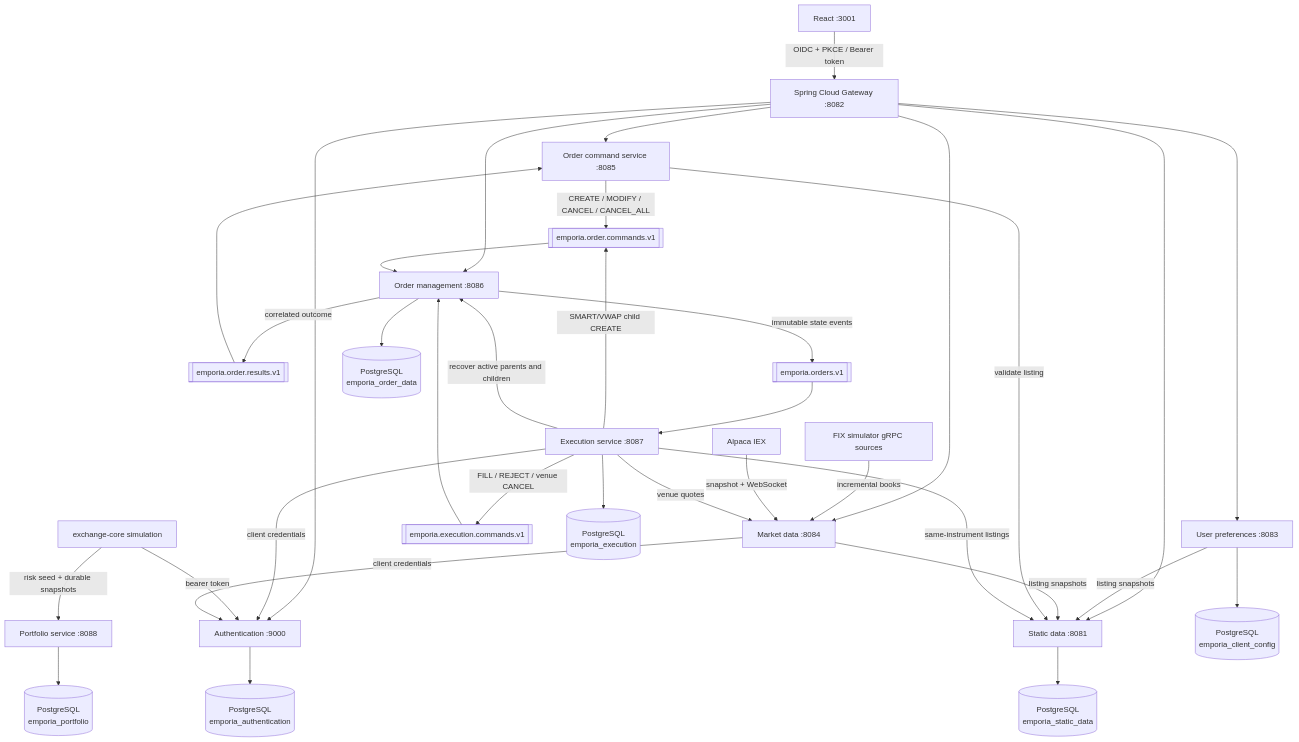
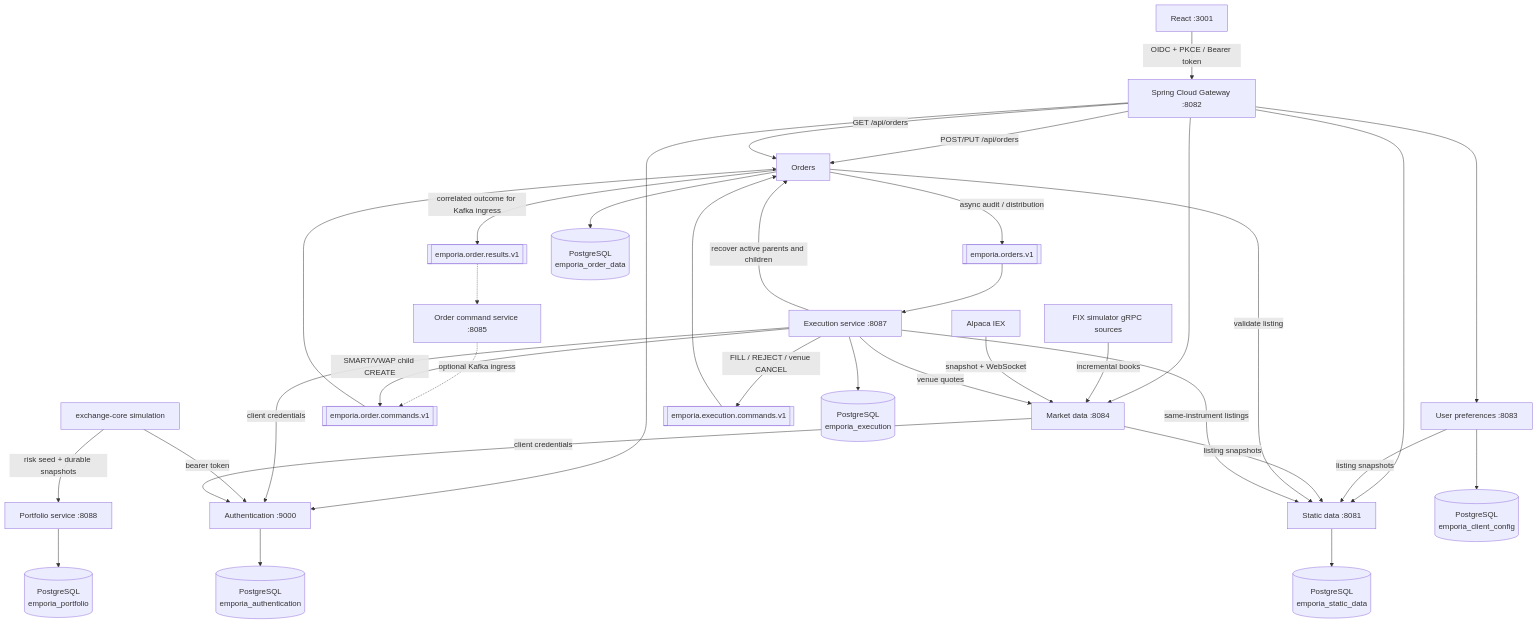
Before and after one commit to nvxtien/emporia: the diagram in README.md, drawn with Mermaid. The commit also changed other lines of this file and 137 other files, not shown here.

````diff
--- a/README.md
+++ b/README.md
@@ -41,40 +41,40 @@
 ```mermaid
 flowchart TD
     Browser[React :3001] -->|OIDC + PKCE / Bearer token| Gateway[Spring Cloud Gateway :8082]
     Gateway --> Auth[Authentication :9000]
     Gateway --> Static[Static data :8081]
     Gateway --> Preferences[User preferences :8083]
     Gateway --> Market[Market data :8084]
-    Gateway --> OrderCommands[Order command service :8085]
-    Gateway --> Orders[Order management :8086]
+    Gateway -->|POST/PUT /api/orders| Orders
+    Gateway -->|GET /api/orders| Orders
+    OrderCommands[Order command service :8085] -.->|optional Kafka ingress| Commands[[emporia.order.commands.v1]]
     Execution[Execution service :8087] -->|client credentials| Auth
     ExchangeCore[exchange-core simulation] -->|risk seed + durable snapshots| Portfolio[Portfolio service :8088]
     ExchangeCore -->|bearer token| Auth
 
     Preferences -->|listing snapshots| Static
     Market -->|listing snapshots| Static
     Market -->|client credentials| Auth
     Fix[FIX simulator gRPC sources] -->|incremental books| Market
     Alpaca[Alpaca IEX] -->|snapshot + WebSocket| Market
-    OrderCommands -->|validate listing| Static
+    Orders -->|validate listing| Static
 
-    OrderCommands -->|CREATE / MODIFY / CANCEL / CANCEL_ALL| Commands[[emporia.order.commands.v1]]
+    Orders -->|async audit / distribution| OrderLog[[emporia.orders.v1]]
     Commands --> Orders
-    Orders -->|correlated outcome| Results[[emporia.order.results.v1]]
-    Results --> OrderCommands
-    Orders -->|immutable state events| OrderLog[[emporia.orders.v1]]
+    Orders -->|correlated outcome for Kafka ingress| Results[[emporia.order.results.v1]]
+    Results -.-> OrderCommands
     OrderLog --> Execution
     Execution -->|SMART/VWAP child CREATE| Commands
     Execution -->|FILL / REJECT / venue CANCEL| ExecutionCommands[[emporia.execution.commands.v1]]
     ExecutionCommands --> Orders
     Execution -->|recover active parents and children| Orders
     Execution -->|same-instrument listings| Static
     Execution -->|venue quotes| Market
 
     Auth --> AuthDb[(PostgreSQL\nemporia_authentication)]
     Static --> StaticDb[(PostgreSQL\nemporia_static_data)]
     Preferences --> PreferencesDb[(PostgreSQL\nemporia_client_config)]
     Orders --> OrderDb[(PostgreSQL\nemporia_order_data)]
     Execution --> ExecutionDb[(PostgreSQL\nemporia_execution)]
     Portfolio --> PortfolioDb[(PostgreSQL\nemporia_portfolio)]
 ```
````
